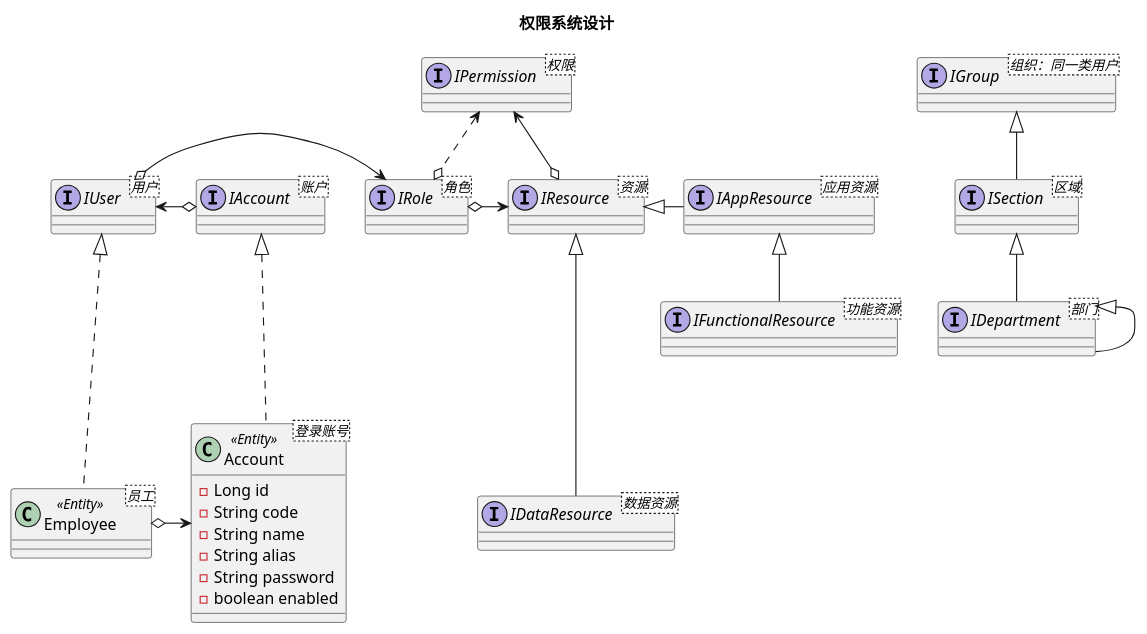
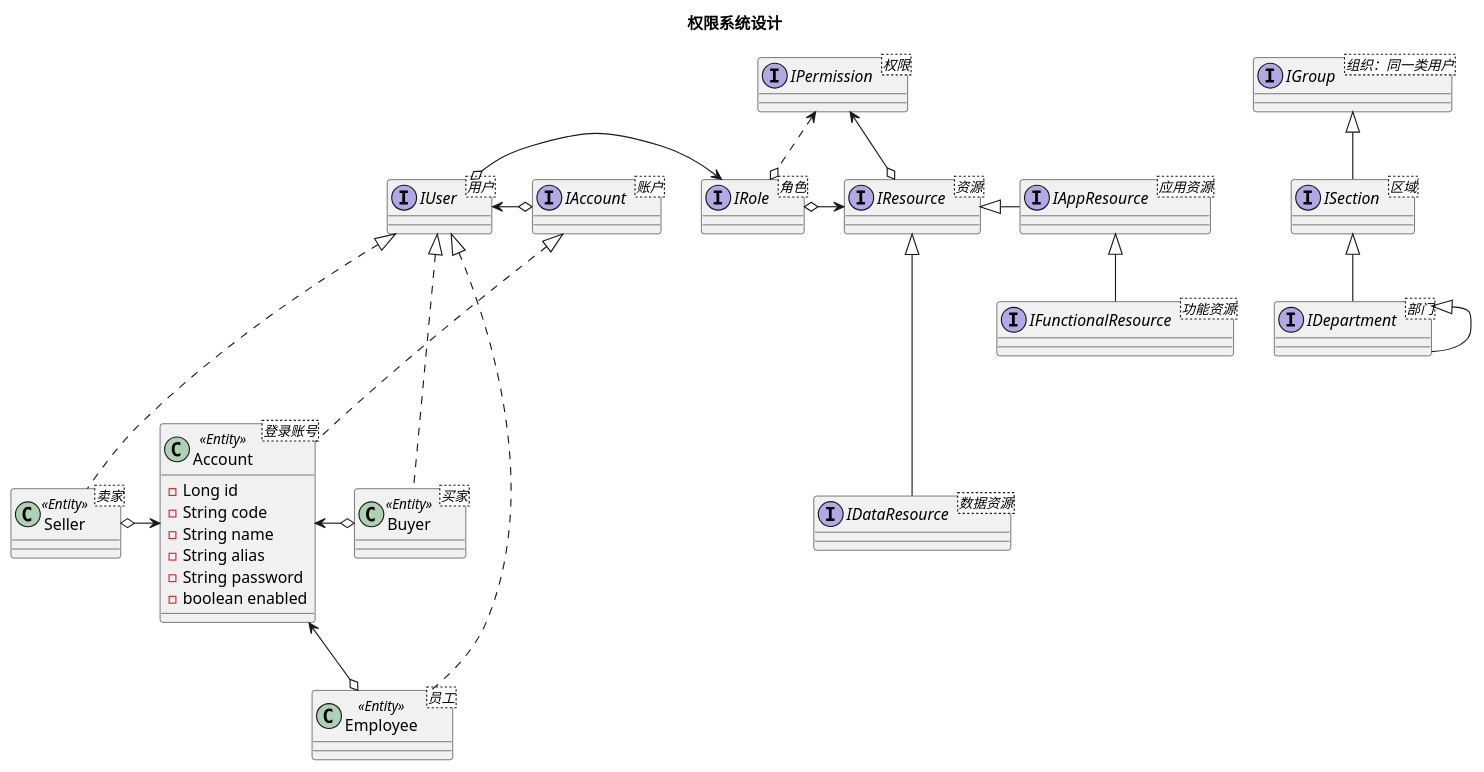
Before and after one commit to search-cloud/spring-boot-cloud-microservices-docker: the diagram in asion-account/asion-account-core/src/main/uml/account-and-authorization.puml, drawn with PlantUML.

Commit message:
update account diagram.

```diff
--- a/asion-account/asion-account-core/src/main/uml/account-and-authorization.puml
+++ b/asion-account/asion-account-core/src/main/uml/account-and-authorization.puml
@@ -1,58 +1,72 @@
 @startuml
 
 title 权限系统设计
 '什么人？ 对什么资源？ 进行了什么操作？
 
 interface IUser<用户>
 interface IAccount<账户>
 interface IGroup<组织：同一类用户>
 interface ISection<区域>
 interface IDepartment<部门>
 
 interface IRole<角色>
 interface IPermission<权限>
 
 interface IResource<资源>
 
 interface IAppResource<应用资源>
 interface IFunctionalResource<功能资源>
 
 interface IDataResource<数据资源>
 
 IUser o-right-> IRole
 IRole o-right-> IResource
 IRole o.up.> IPermission
 IResource o-up-> IPermission
 
 IResource <|-right- IAppResource
 IAppResource <|-- IFunctionalResource
 IResource <|--- IDataResource
 
 IGroup <|-- ISection
 ISection <|-- IDepartment
 IDepartment <|-- IDepartment
 
 class Account<登录账号>
 class Employee<员工>
+class Buyer<买家>
+class Seller<卖家>
 
 'IUser <|... IAccount
 IAccount <|... Account
 IUser <|... Employee
-Account <-left-o Employee
 IUser <-right-o IAccount
+Account <-down-o Employee
+IUser <|... Buyer
+IUser <|... Seller
+Account <-right-o Buyer
+Account <-left-o Seller
 
 class Account<<Entity>> {
     - Long id
     - String code
     - String name
     - String alias
     - String password
     - boolean enabled
 }
 
 class Employee<<Entity>> {
 
 }
 
+class Buyer<<Entity>> {
+
+}
+
+class Seller<<Entity>> {
+
+}
+
 
 @enduml
```
